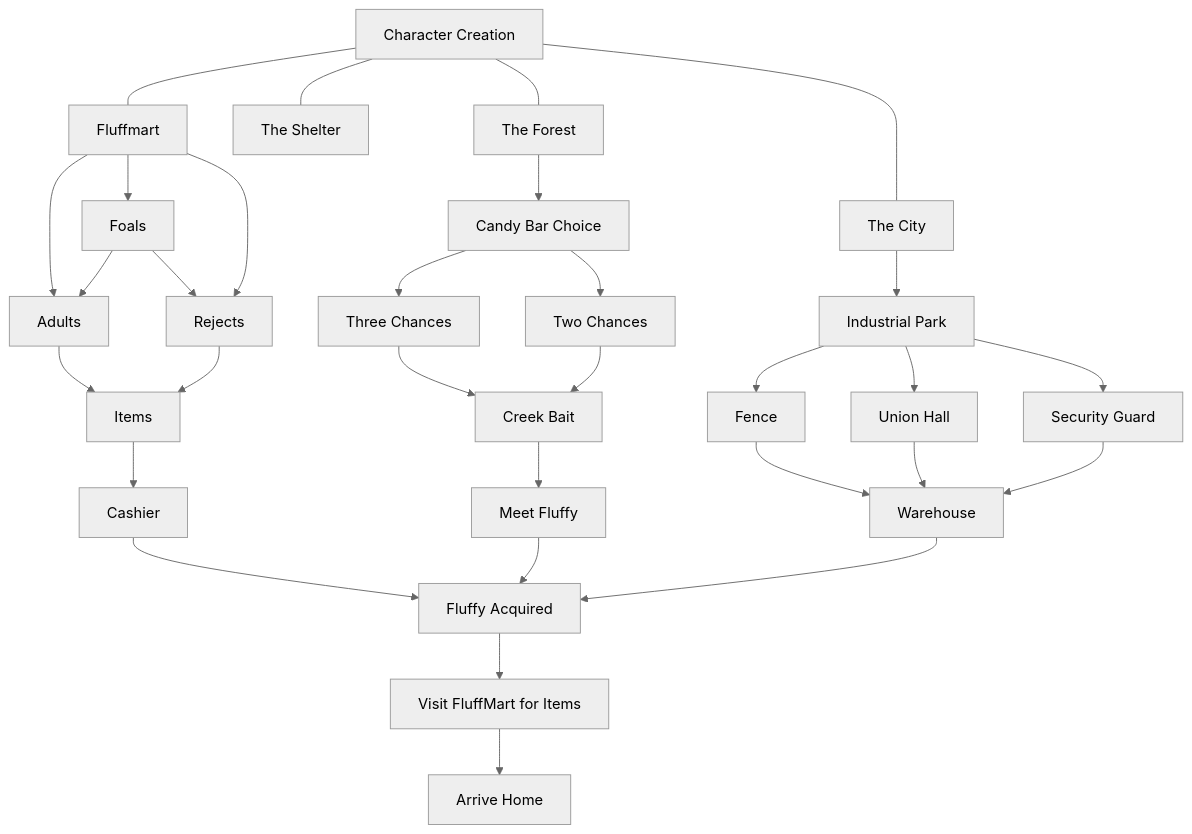
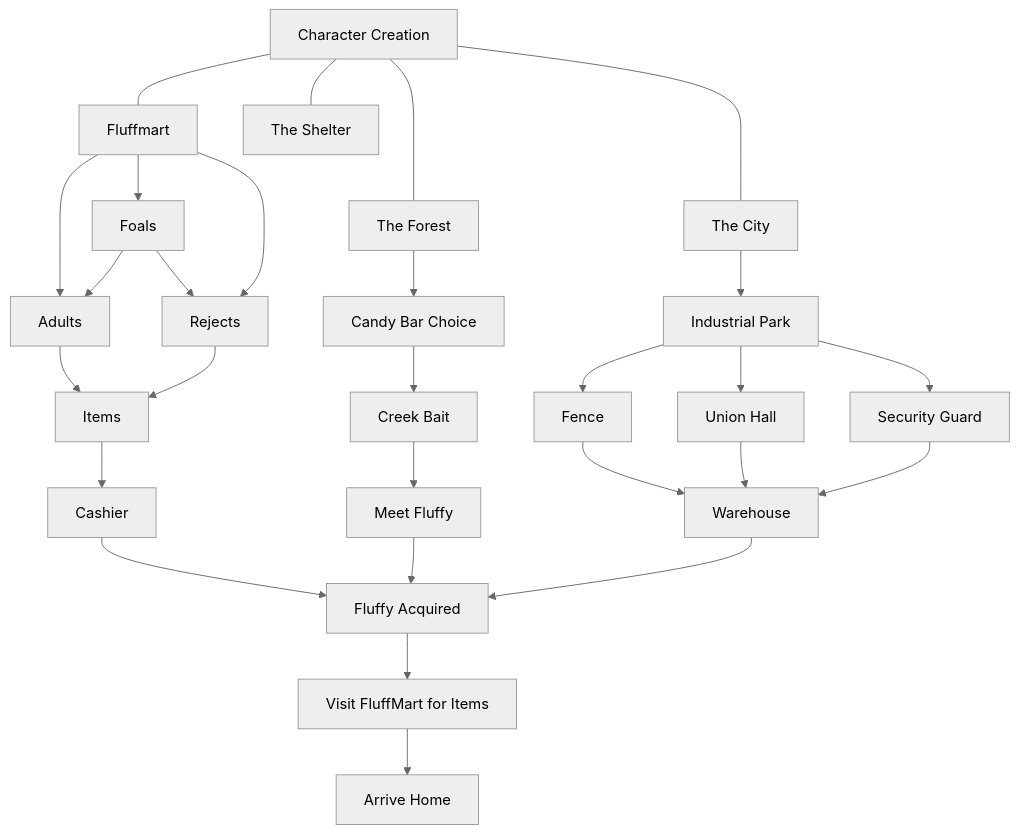
Before and after one commit to Recent6284/cyoa-fluffy: the diagram in source/System/Wiki/todo.md, drawn with Mermaid (neutral theme).

Commit message:
Clarified flowchart

````diff
--- a/source/System/Wiki/todo.md
+++ b/source/System/Wiki/todo.md
@@ -36,54 +36,51 @@
 ```mermaid
 flowchart TD
 
 A[Character Creation]
 
 B[Fluffmart]
 B1[Adults]
 B2[Foals]
 B3[Rejects]
 B4[Items]
 B5[Cashier]
 
 C[The Shelter]
 
 D[The Forest]
 D1[Candy Bar Choice]
-D11[Three Chances]
-D12[Two Chances]
 D2[Creek Bait]
 D3[Meet Fluffy]
 D4[Fluffy Acquired]
 
 E[The City]
 E1[Industrial Park]
 E2[Fence]
 E3[Union Hall]
 E4[Security Guard]
 E5[Warehouse]
 
 Items[Visit FluffMart for Items]
 Home[Arrive Home]
 
 A --- B & C & D & E 
 
 B --> B1 & B2 & B3
 B1 & B3 --> B4
 B4 --> B5
 B2 --> B1 & B3
 B5 --> D4
 
 D --> D1
-D1 --> D11 & D12
-D11 & D12 --> D2
+D1 --> D2
 D2 --> D3
 D3 --> D4
 
 E --> E1
 E1 --> E2 & E3 & E4
 E2 & E3 & E4 --> E5
 E5 --> D4
 
 D4 --> Items
 Items --> Home
 ```
````
